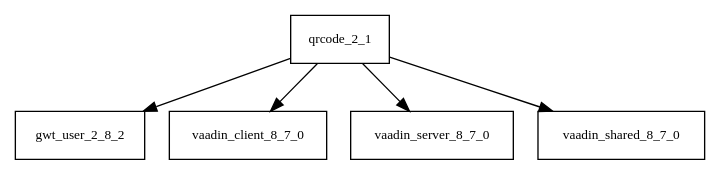
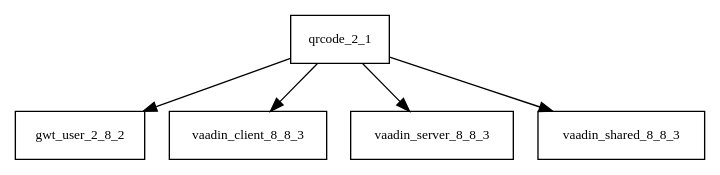
One commit to Hack23/cia changed the diagram in tattleTaleReport/graphviz/qrcode-2.1.jar/qrcode-2.1.jar.dot. Above: the diagram before and after it, drawn with Graphviz. The commit also changed 4049 other files, not shown here.

```diff
--- a/tattleTaleReport/graphviz/qrcode-2.1.jar/qrcode-2.1.jar.dot
+++ b/tattleTaleReport/graphviz/qrcode-2.1.jar/qrcode-2.1.jar.dot
@@ -1,7 +1,7 @@
 digraph qrcode_2_1_dependencies {
   node [shape = box, fontsize=10.0];
   qrcode_2_1 -> gwt_user_2_8_2;
-  qrcode_2_1 -> vaadin_client_8_7_0;
-  qrcode_2_1 -> vaadin_server_8_7_0;
-  qrcode_2_1 -> vaadin_shared_8_7_0;
+  qrcode_2_1 -> vaadin_client_8_8_3;
+  qrcode_2_1 -> vaadin_server_8_8_3;
+  qrcode_2_1 -> vaadin_shared_8_8_3;
 }
```
